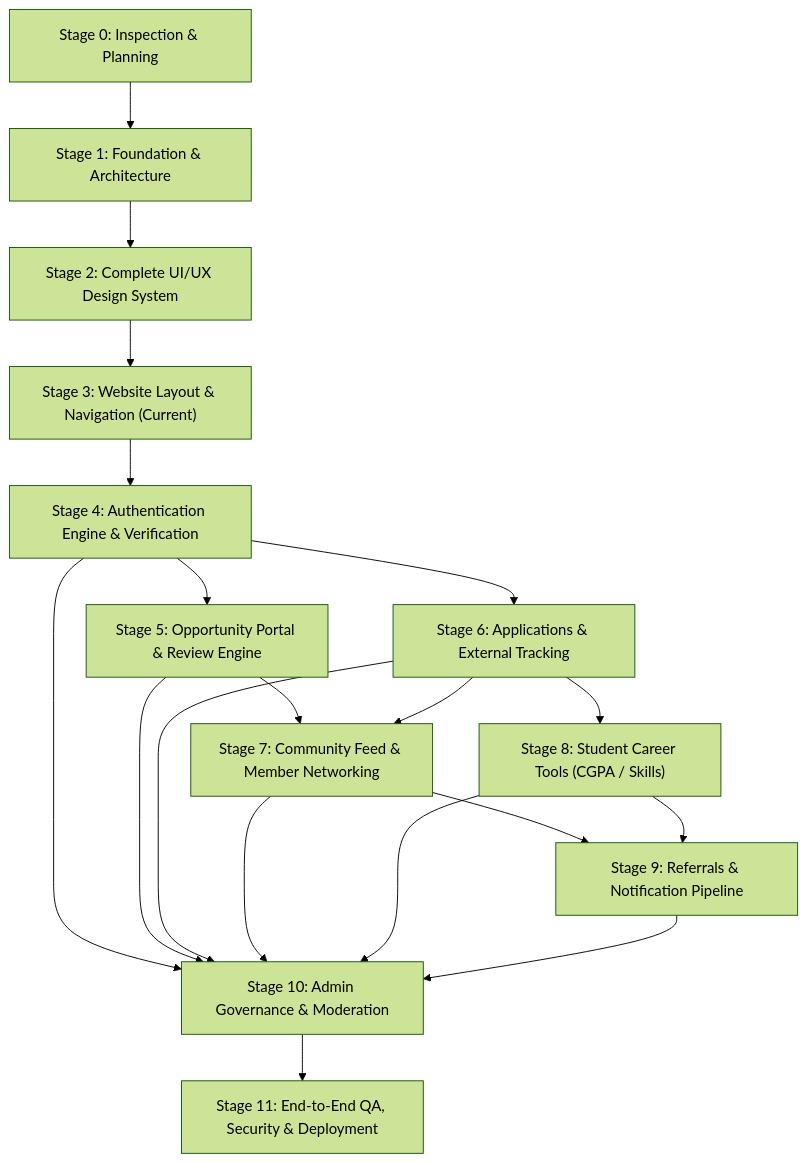
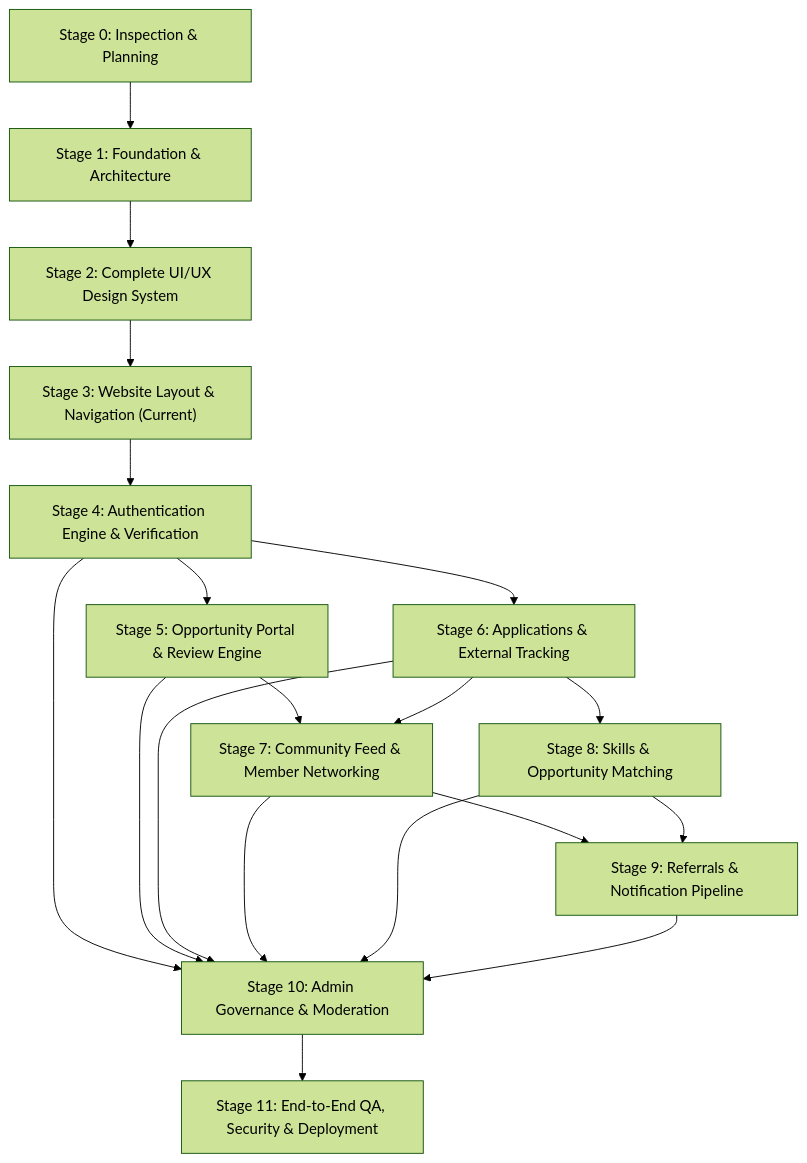
The diagram in docs/PROGRESS.md (sooooojib/CAMPUS_JOB_HUNTING), drawn with Mermaid (forest theme) before and after one commit. The commit also changed other lines of this file and 17 other files, not shown here.

Commit message:
docs: remove career tools references and align docs with active platform features

````diff
--- a/docs/PROGRESS.md
+++ b/docs/PROGRESS.md
@@ -5,14 +5,14 @@
 ```mermaid
 flowchart TD
     S0["Stage 0: Inspection & Planning"] --> S1["Stage 1: Foundation & Architecture"]
     S1 --> S2["Stage 2: Complete UI/UX Design System"]
     S2 --> S3["Stage 3: Website Layout & Navigation (Current)"]
     S3 --> S4["Stage 4: Authentication Engine & Verification"]
     S4 --> S5["Stage 5: Opportunity Portal & Review Engine"]
     S4 --> S6["Stage 6: Applications & External Tracking"]
     S5 & S6 --> S7["Stage 7: Community Feed & Member Networking"]
-    S6 --> S8["Stage 8: Student Career Tools (CGPA / Skills)"]
+    S6 --> S8["Stage 8: Skills & Opportunity Matching"]
     S7 & S8 --> S9["Stage 9: Referrals & Notification Pipeline"]
     S4 & S5 & S6 & S7 & S8 & S9 --> S10["Stage 10: Admin Governance & Moderation"]
     S10 --> S11["Stage 11: End-to-End QA, Security & Deployment"]
 ```
````
